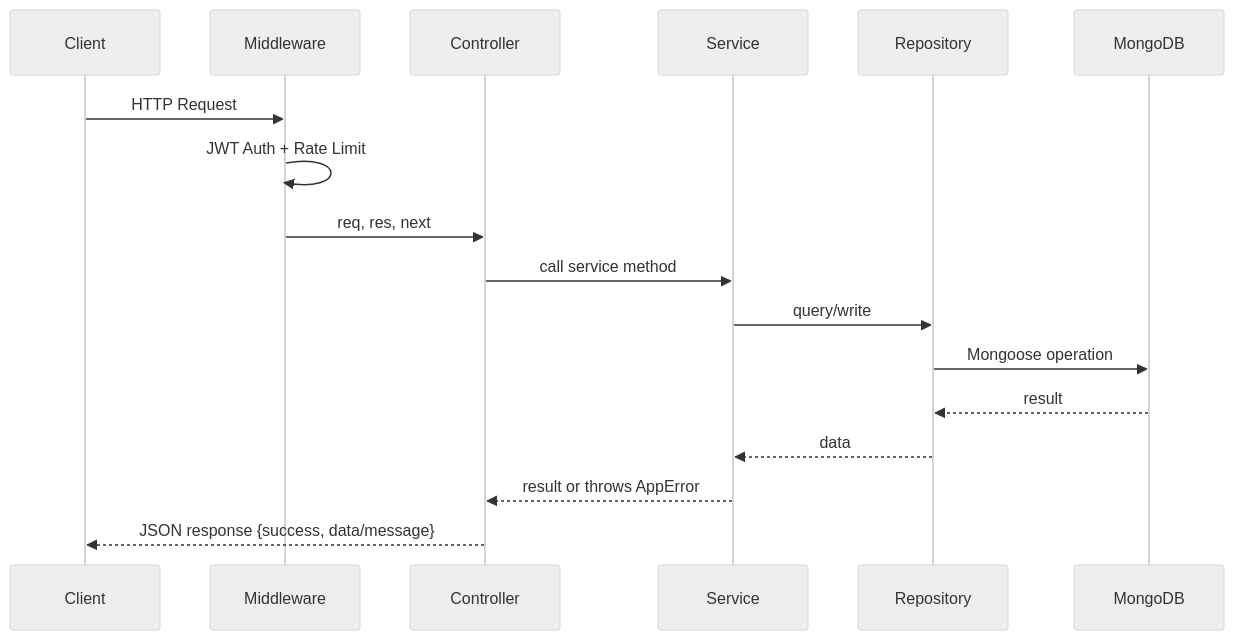
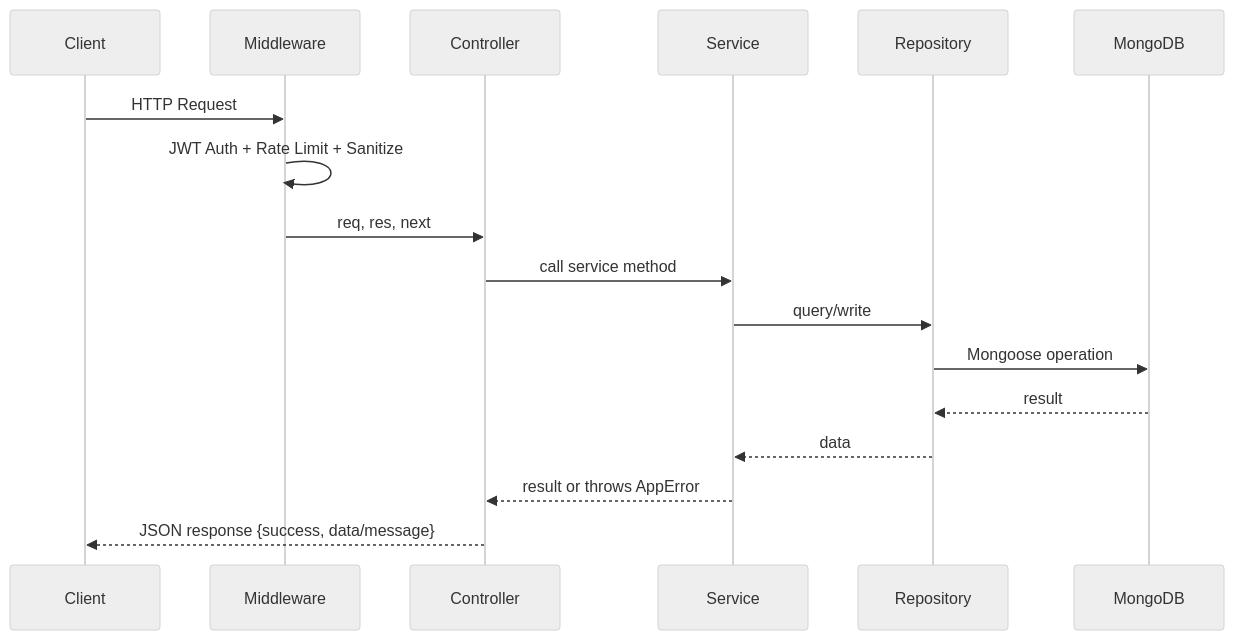
One commit to shamaps/Leap_Mentor_Orbit_backend changed the second of 7 diagrams in README.md. Above: the diagram before and after it, drawn with Mermaid (neutral theme). The commit also changed other lines of this file and 303 other files, not shown here.

````diff
--- a/README.md
+++ b/README.md
@@ -161,20 +174,20 @@
 ```mermaid
 sequenceDiagram
     participant C as Client
     participant MW as Middleware
     participant CT as Controller
     participant SV as Service
     participant RP as Repository
     participant DB as MongoDB
 
     C->>MW: HTTP Request
-    MW->>MW: JWT Auth + Rate Limit
+    MW->>MW: JWT Auth + Rate Limit + Sanitize
     MW->>CT: req, res, next
     CT->>SV: call service method
     SV->>RP: query/write
     RP->>DB: Mongoose operation
     DB-->>RP: result
     RP-->>SV: data
     SV-->>CT: result or throws AppError
     CT-->>C: JSON response {success, data/message}
 ```
````
